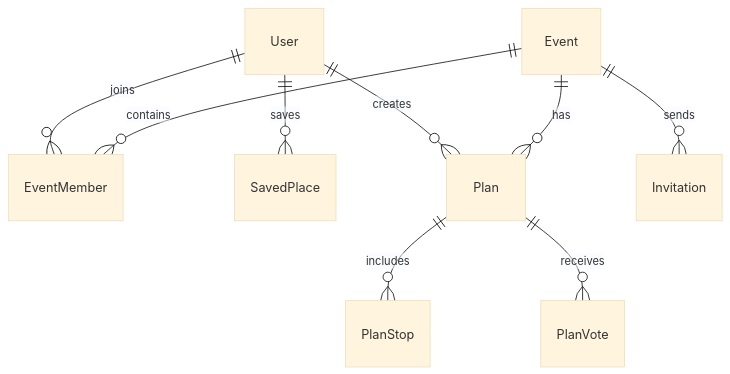
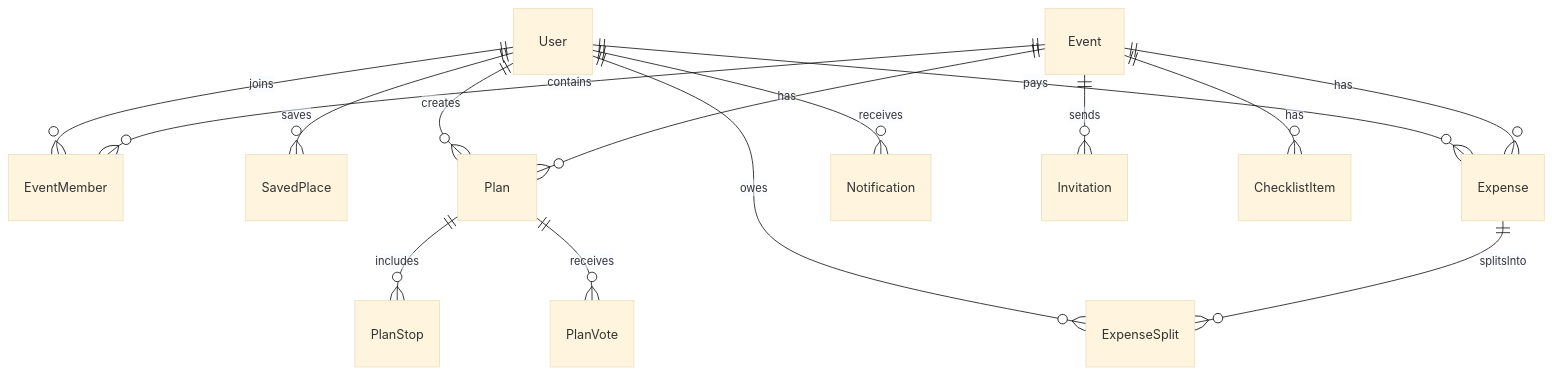
Before and after one commit to b4ck12/Group_Project: the diagram in docs/03-architecture/database-schema.md, drawn with Mermaid (base theme). The commit also changed other lines of this file, not shown here.

Commit message:
docs(database-schema): add table expense, checklist, notification and field admin for user

````diff
--- a/docs/03-architecture/database-schema.md
+++ b/docs/03-architecture/database-schema.md
@@ -7,11 +9,17 @@
 ```mermaid
 erDiagram
     User ||--o{ EventMember : joins
     User ||--o{ SavedPlace : saves
     User ||--o{ Plan : creates
+    User ||--o{ Expense : pays
+    User ||--o{ ExpenseSplit : owes
+    User ||--o{ Notification : receives
     Event ||--o{ EventMember : contains
     Event ||--o{ Plan : has
     Event ||--o{ Invitation : sends
+    Event ||--o{ Expense : has
+    Event ||--o{ ChecklistItem : has
     Plan ||--o{ PlanStop : includes
     Plan ||--o{ PlanVote : receives
+    Expense ||--o{ ExpenseSplit : splitsInto
 ```
````
